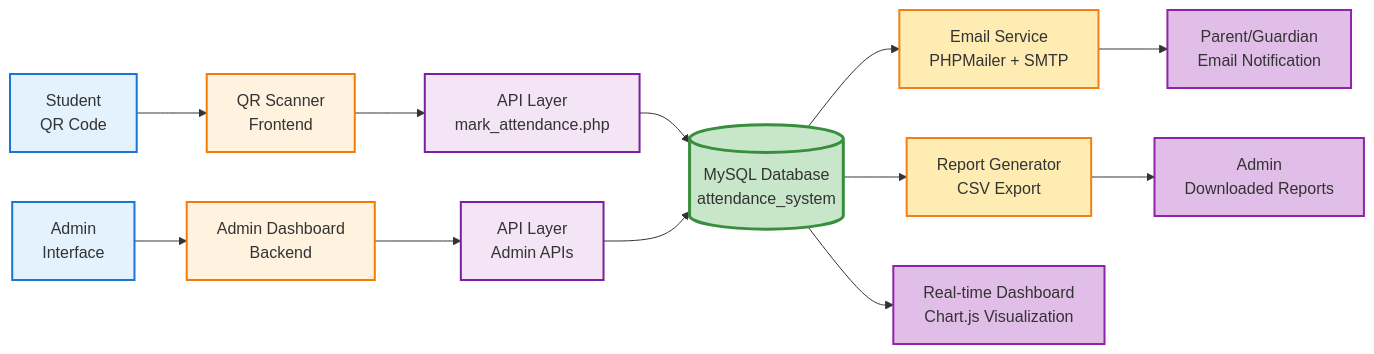
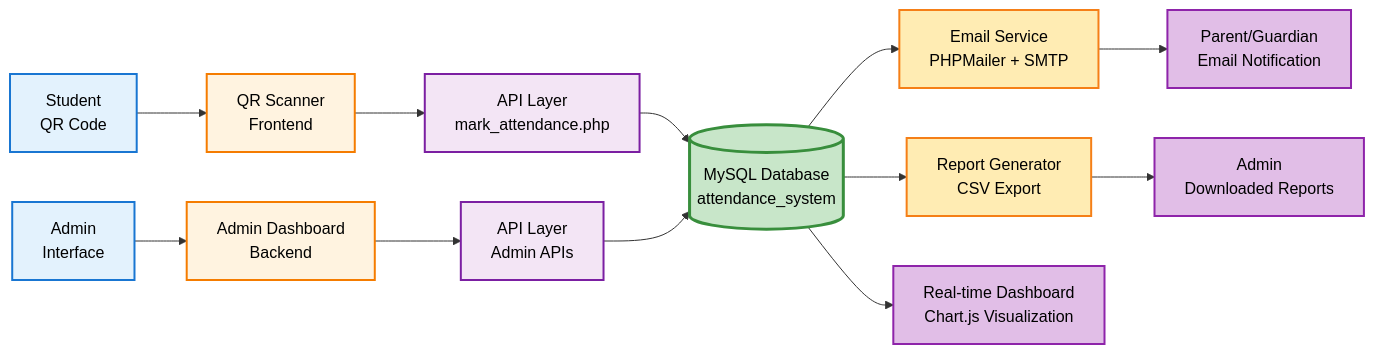
Before and after one commit to TsmHabib03/Academy-of-St.Joseph-Claveria-Cagayan-Inc.-Attendance-Checker: the seventh of 8 diagrams in GENERAL_PROCEDURE_FLOWCHART.md, drawn with Mermaid. The commit also changed other lines of this file, not shown here.

Commit message:
Flowchart successfully Iniatialized and Complete

````diff
--- a/GENERAL_PROCEDURE_FLOWCHART.md
+++ b/GENERAL_PROCEDURE_FLOWCHART.md
@@ -276,32 +319,32 @@
 ```mermaid
 flowchart LR
     A[Student<br/>QR Code] --> B[QR Scanner<br/>Frontend]
     C[Admin<br/>Interface] --> D[Admin Dashboard<br/>Backend]
     
     B --> E[API Layer<br/>mark_attendance.php]
     D --> F[API Layer<br/>Admin APIs]
     
     E --> G[(MySQL Database<br/>attendance_system)]
     F --> G
     
     G --> H[Email Service<br/>PHPMailer + SMTP]
     G --> I[Report Generator<br/>CSV Export]
     
     H --> J[Parent/Guardian<br/>Email Notification]
     I --> K[Admin<br/>Downloaded Reports]
     
     G --> L[Real-time Dashboard<br/>Chart.js Visualization]
     
-    style A fill:#E3F2FD,stroke:#1976D2,stroke-width:2px
-    style C fill:#E3F2FD,stroke:#1976D2,stroke-width:2px
-    style B fill:#FFF3E0,stroke:#F57C00,stroke-width:2px
-    style D fill:#FFF3E0,stroke:#F57C00,stroke-width:2px
-    style E fill:#F3E5F5,stroke:#7B1FA2,stroke-width:2px
-    style F fill:#F3E5F5,stroke:#7B1FA2,stroke-width:2px
-    style G fill:#C8E6C9,stroke:#388E3C,stroke-width:3px
-    style H fill:#FFECB3,stroke:#F57F17,stroke-width:2px
-    style I fill:#FFECB3,stroke:#F57F17,stroke-width:2px
-    style J fill:#E1BEE7,stroke:#8E24AA,stroke-width:2px
-    style K fill:#E1BEE7,stroke:#8E24AA,stroke-width:2px
-    style L fill:#E1BEE7,stroke:#8E24AA,stroke-width:2px
+    style A fill:#E3F2FD,stroke:#1976D2,stroke-width:2px,color:#000
+    style C fill:#E3F2FD,stroke:#1976D2,stroke-width:2px,color:#000
+    style B fill:#FFF3E0,stroke:#F57C00,stroke-width:2px,color:#000
+    style D fill:#FFF3E0,stroke:#F57C00,stroke-width:2px,color:#000
+    style E fill:#F3E5F5,stroke:#7B1FA2,stroke-width:2px,color:#000
+    style F fill:#F3E5F5,stroke:#7B1FA2,stroke-width:2px,color:#000
+    style G fill:#C8E6C9,stroke:#388E3C,stroke-width:3px,color:#000
+    style H fill:#FFECB3,stroke:#F57F17,stroke-width:2px,color:#000
+    style I fill:#FFECB3,stroke:#F57F17,stroke-width:2px,color:#000
+    style J fill:#E1BEE7,stroke:#8E24AA,stroke-width:2px,color:#000
+    style K fill:#E1BEE7,stroke:#8E24AA,stroke-width:2px,color:#000
+    style L fill:#E1BEE7,stroke:#8E24AA,stroke-width:2px,color:#000
 ```
````
